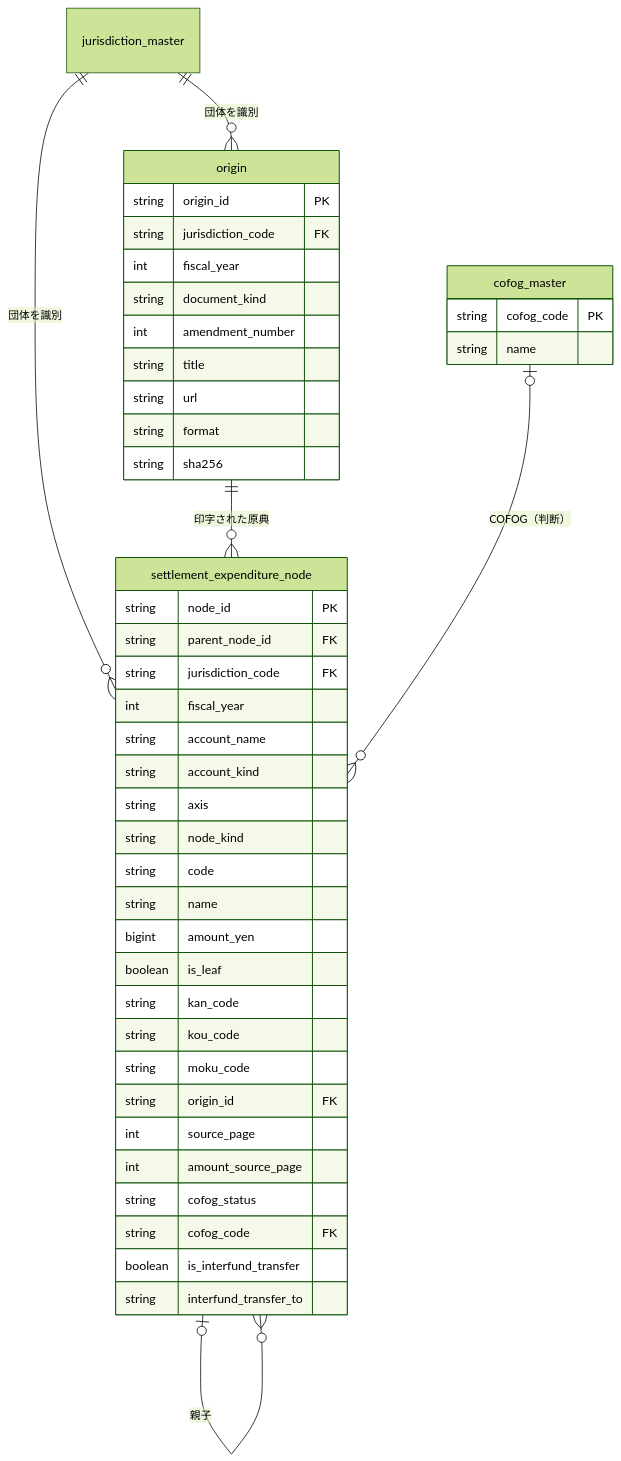
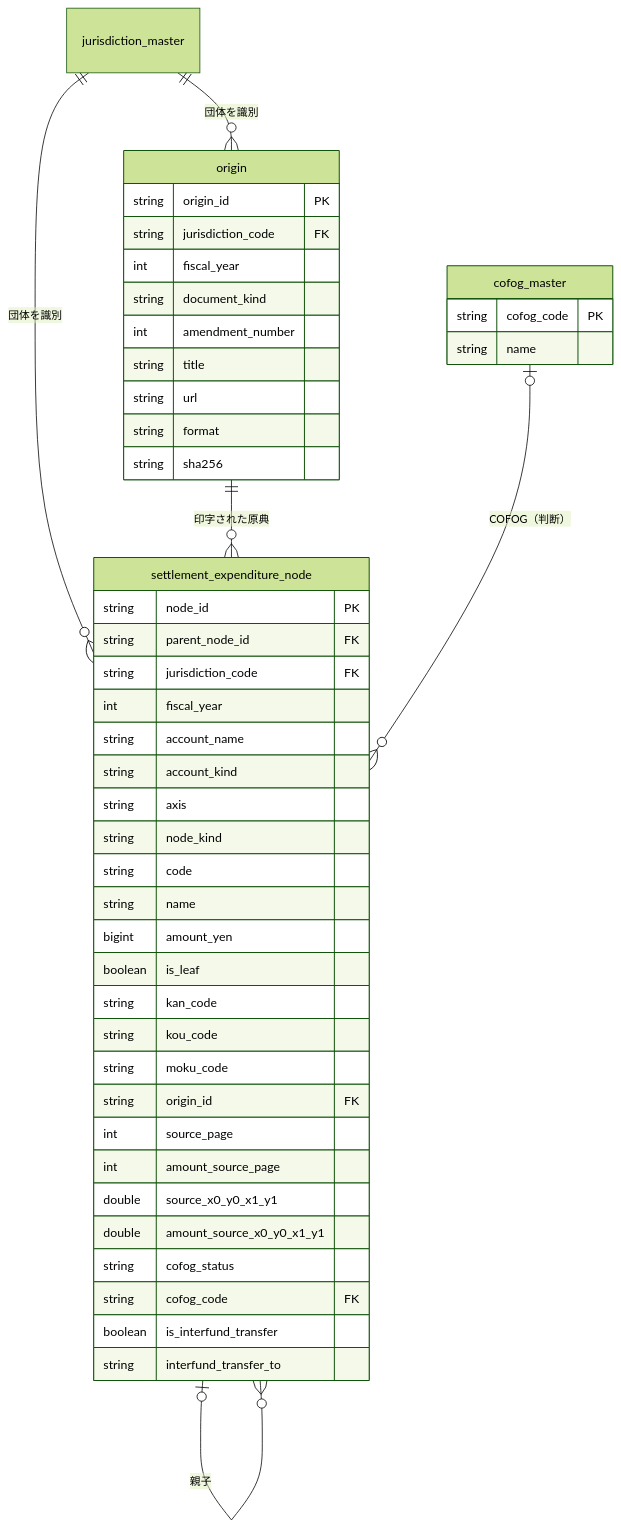
Before and after one commit to fudoki-hensansitu/fudoki: the second of 2 diagrams in docs/prd/fiscal-dbt-models/design-doc.md, drawn with Mermaid (forest theme). The commit also changed other lines of this file and 7 other files, not shown here.

````diff
--- a/docs/prd/fiscal-dbt-models/design-doc.md
+++ b/docs/prd/fiscal-dbt-models/design-doc.md
@@ -182,48 +182,50 @@
 ```mermaid
 erDiagram
   jurisdiction_master ||--o{ settlement_expenditure_node : "団体を識別"
   jurisdiction_master ||--o{ origin : "団体を識別"
   origin ||--o{ settlement_expenditure_node : "印字された原典"
   settlement_expenditure_node |o--o{ settlement_expenditure_node : "親子"
   cofog_master |o--o{ settlement_expenditure_node : "COFOG（判断）"
 
   settlement_expenditure_node {
     string node_id PK
     string parent_node_id FK
     string jurisdiction_code FK
     int fiscal_year
     string account_name
     string account_kind
     string axis
     string node_kind
     string code
     string name
     bigint amount_yen
     boolean is_leaf
     string kan_code
     string kou_code
     string moku_code
     string origin_id FK
     int source_page
     int amount_source_page
+    double source_x0_y0_x1_y1
+    double amount_source_x0_y0_x1_y1
     string cofog_status
     string cofog_code FK
     boolean is_interfund_transfer
     string interfund_transfer_to
   }
   origin {
     string origin_id PK
     string jurisdiction_code FK
     int fiscal_year
     string document_kind
     int amendment_number
     string title
     string url
     string format
     string sha256
   }
   cofog_master {
     string cofog_code PK
     string name
   }
 ```
````
